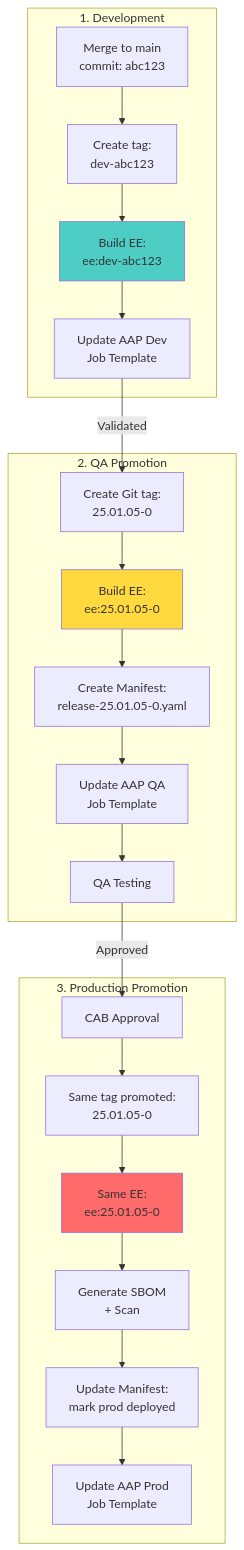
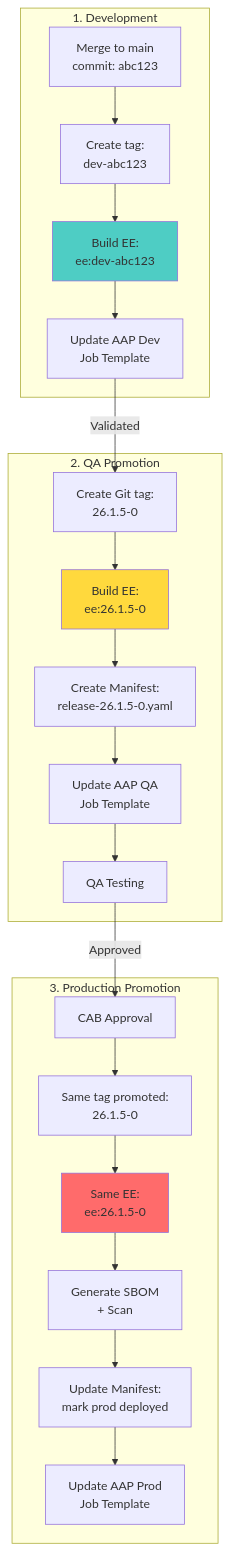
One commit to djdanielsson/rh1-docs changed the diagram in docs/EE-VERSIONING-STRATEGY.md. Above: the diagram before and after it, drawn with Mermaid. The commit also changed other lines of this file and 15 other files, not shown here.

````diff
--- a/docs/EE-VERSIONING-STRATEGY.md
+++ b/docs/EE-VERSIONING-STRATEGY.md
@@ -212,47 +212,47 @@
 ```mermaid
 graph TB
     subgraph "1. Development"
         CODE1[Merge to main<br/>commit: abc123]
         TAG_DEV[Create tag:<br/>dev-abc123]
         BUILD_DEV[Build EE:<br/>ee:dev-abc123]
         DEPLOY_DEV[Update AAP Dev<br/>Job Template]
     end
 
     subgraph "2. QA Promotion"
-        TAG_QA[Create Git tag:<br/>25.01.05-0]
-        BUILD_QA[Build EE:<br/>ee:25.01.05-0]
-        MANIFEST_QA[Create Manifest:<br/>release-25.01.05-0.yaml]
+        TAG_QA[Create Git tag:<br/>26.1.5-0]
+        BUILD_QA[Build EE:<br/>ee:26.1.5-0]
+        MANIFEST_QA[Create Manifest:<br/>release-26.1.5-0.yaml]
         DEPLOY_QA[Update AAP QA<br/>Job Template]
         TEST_QA[QA Testing]
     end
 
     subgraph "3. Production Promotion"
         APPROVE[CAB Approval]
-        TAG_PROD[Same tag promoted:<br/>25.01.05-0]
-        BUILD_PROD[Same EE:<br/>ee:25.01.05-0]
+        TAG_PROD[Same tag promoted:<br/>26.1.5-0]
+        BUILD_PROD[Same EE:<br/>ee:26.1.5-0]
         SBOM[Generate SBOM<br/>+ Scan]
         MANIFEST_PROD[Update Manifest:<br/>mark prod deployed]
         DEPLOY_PROD[Update AAP Prod<br/>Job Template]
     end
 
     CODE1 --> TAG_DEV
     TAG_DEV --> BUILD_DEV
     BUILD_DEV --> DEPLOY_DEV
     DEPLOY_DEV -->|Validated| TAG_QA
 
     TAG_QA --> BUILD_QA
     BUILD_QA --> MANIFEST_QA
     MANIFEST_QA --> DEPLOY_QA
     DEPLOY_QA --> TEST_QA
     TEST_QA -->|Approved| APPROVE
 
     APPROVE --> TAG_PROD
     TAG_PROD --> BUILD_PROD
     BUILD_PROD --> SBOM
     SBOM --> MANIFEST_PROD
     MANIFEST_PROD --> DEPLOY_PROD
 
     style BUILD_DEV fill:#4ecdc4
     style BUILD_QA fill:#ffd93d
     style BUILD_PROD fill:#ff6b6b
 ```
````
